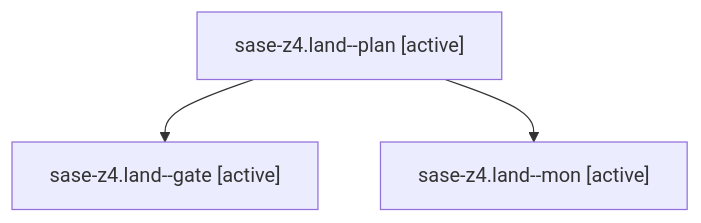
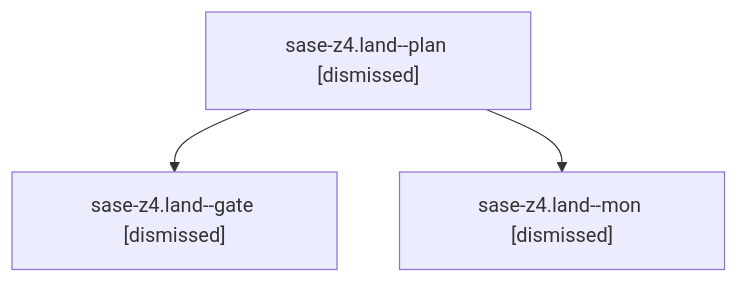
Before and after one commit to sase-org/sase--agents: the diagram in sessions/bbugyi200.athena.sase-z4.land.md, drawn with Mermaid. The commit also changed other lines of this file and 157 other files, not shown here.

````diff
--- a/sessions/bbugyi200.athena.sase-z4.land.md
+++ b/sessions/bbugyi200.athena.sase-z4.land.md
@@ -9,8 +9,8 @@
 ```mermaid
 flowchart TD
-  n0["sase-z4.land--plan [active]"]
-  n1["sase-z4.land--gate [active]"]
+  n0["sase-z4.land--plan [dismissed]"]
+  n1["sase-z4.land--gate [dismissed]"]
   n0 --> n1
-  n2["sase-z4.land--mon [active]"]
+  n2["sase-z4.land--mon [dismissed]"]
   n0 --> n2
 ```
````
